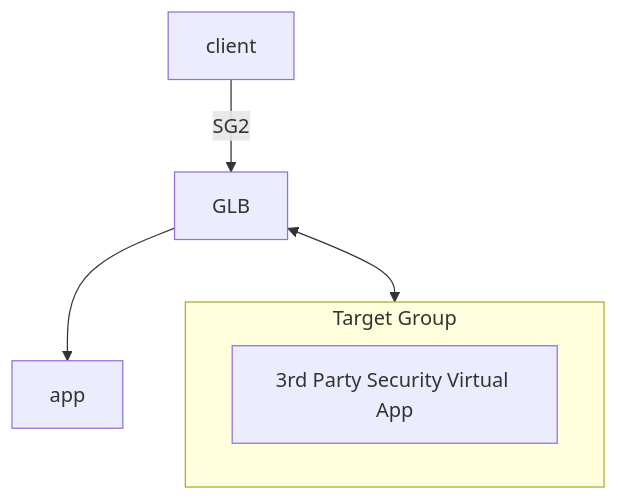
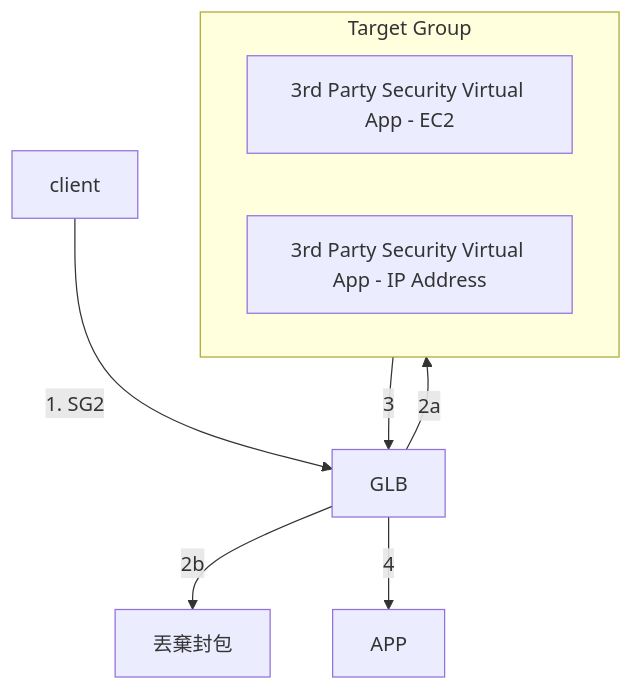
One commit to cool21540125/documentation-notes changed the third of 5 diagrams in aws/ELB.md. Above: the diagram before and after it, drawn with Mermaid. The commit also changed other lines of this file and 9 other files, not shown here.

````diff
--- a/aws/ELB.md
+++ b/aws/ELB.md
@@ -134,11 +139,14 @@
 ```mermaid
 flowchart TB
 
 subgraph tg2["Target Group"]
-    t3["3rd Party Security Virtual App"]
+    t1["3rd Party Security Virtual App - EC2"]
+    t2["3rd Party Security Virtual App - IP Address"]
 end
 
-client -- SG2 --> GLB;
-GLB <--> tg2;
-GLB --> app;
+client -- 1. SG2 --> GLB;
+GLB -- 2a --> tg2;
+GLB -- 2b --> drop["丟棄封包"];
+tg2 -- 3 --> GLB;
+GLB -- 4 --> APP;
 ```
````
